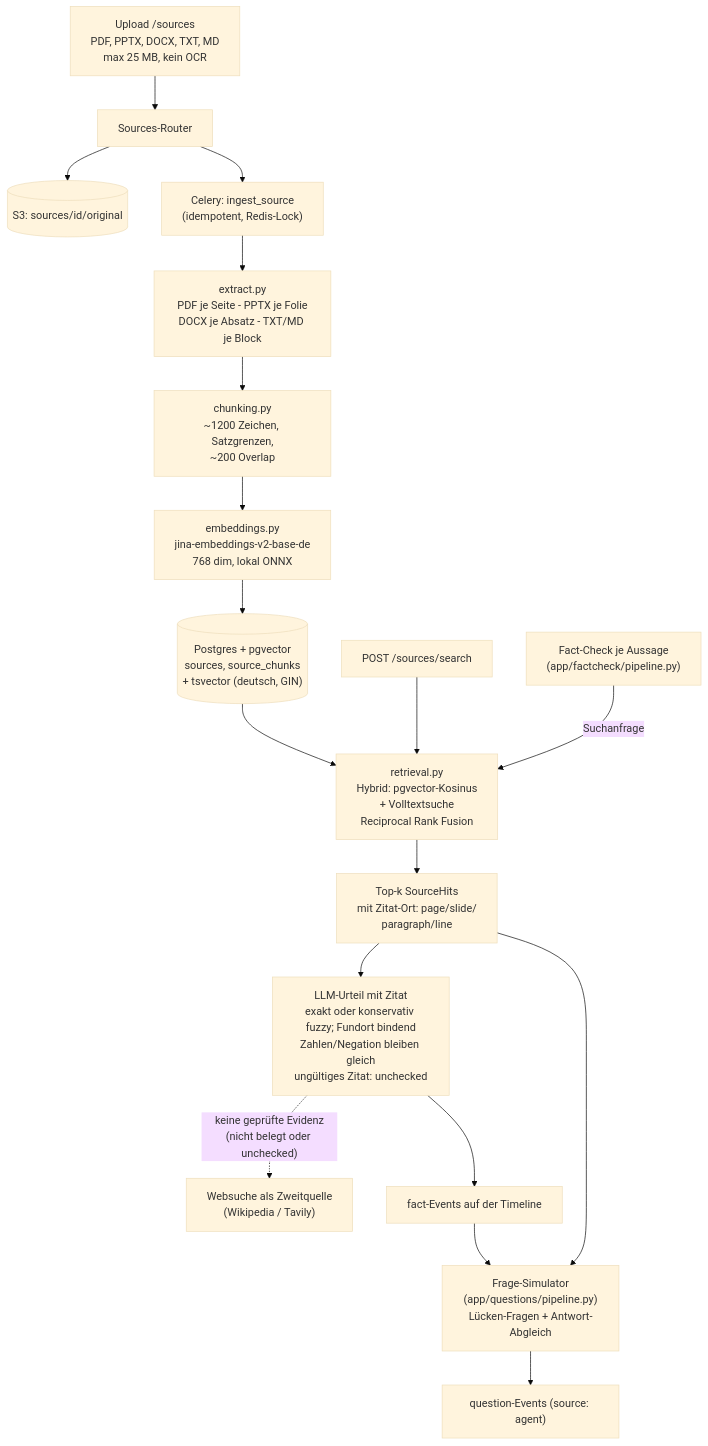
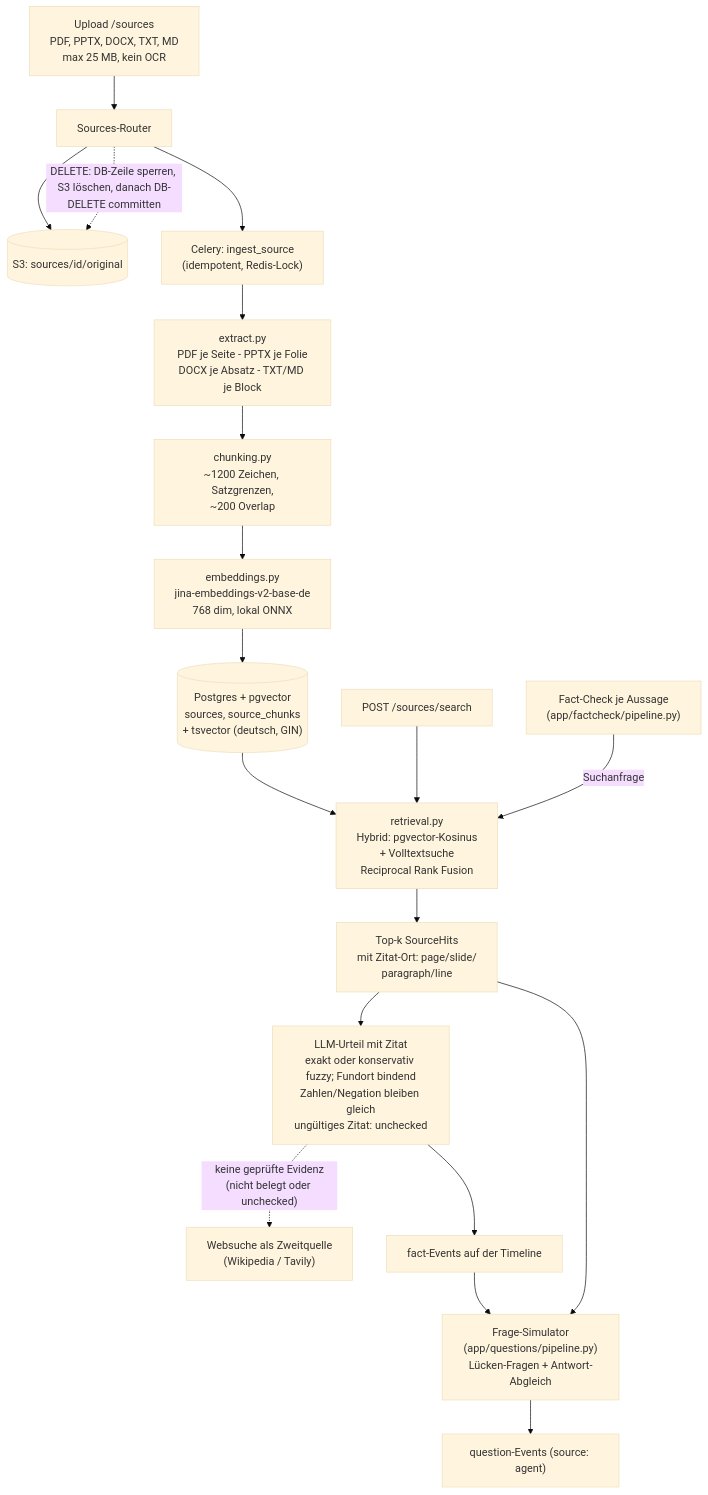
The fifth of 12 diagrams in docs/03-architecture.md (johannes3502/hackathon-fulda), drawn with Mermaid (base theme) before and after one commit. The commit also changed other lines of this file and 58 other files, not shown here.

````diff
--- a/docs/03-architecture.md
+++ b/docs/03-architecture.md
@@ -307,21 +310,22 @@
 ```mermaid
 flowchart TB
     UP["Upload /sources<br/>PDF, PPTX, DOCX, TXT, MD<br/>max 25 MB, kein OCR"] --> API["Sources-Router"]
     API --> S3A[("S3: sources/id/original")]
+    API -. "DELETE: DB-Zeile sperren, S3 löschen, danach DB-DELETE committen" .-> S3A
     API --> Q["Celery: ingest_source<br/>(idempotent, Redis-Lock)"]
     Q --> EX["extract.py<br/>PDF je Seite - PPTX je Folie<br/>DOCX je Absatz - TXT/MD je Block"]
     EX --> CH["chunking.py<br/>~1200 Zeichen, Satzgrenzen,<br/>~200 Overlap"]
     CH --> EM["embeddings.py<br/>jina-embeddings-v2-base-de<br/>768 dim, lokal ONNX"]
     EM --> PGDB[("Postgres + pgvector<br/>sources, source_chunks<br/>+ tsvector (deutsch, GIN)")]
 
     SEARCH["POST /sources/search"] --> RET["retrieval.py<br/>Hybrid: pgvector-Kosinus<br/>+ Volltextsuche<br/>Reciprocal Rank Fusion"]
     PGDB --> RET
     RET --> HITS["Top-k SourceHits<br/>mit Zitat-Ort: page/slide/<br/>paragraph/line"]
     FCQ["Fact-Check je Aussage<br/>(app/factcheck/pipeline.py)"] -- "Suchanfrage" --> RET
     HITS --> JUDGE["LLM-Urteil mit Zitat<br/>exakt oder konservativ fuzzy; Fundort bindend<br/>Zahlen/Negation bleiben gleich<br/>ungültiges Zitat: unchecked"]
     JUDGE -. "keine geprüfte Evidenz<br/>(nicht belegt oder unchecked)" .-> WEBQ["Websuche als Zweitquelle<br/>(Wikipedia / Tavily)"]
     JUDGE --> EVT["fact-Events auf der Timeline"]
     HITS --> QA["Frage-Simulator<br/>(app/questions/pipeline.py)<br/>Lücken-Fragen + Antwort-Abgleich"]
     EVT --> QA
     QA --> QEVT["question-Events (source: agent)"]
 ```
````
